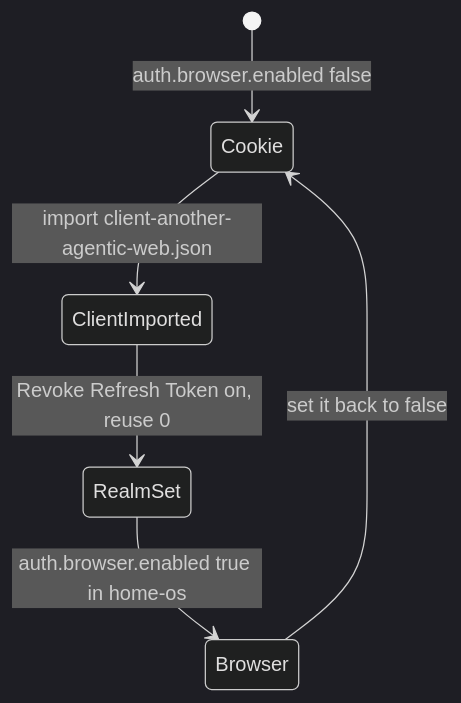
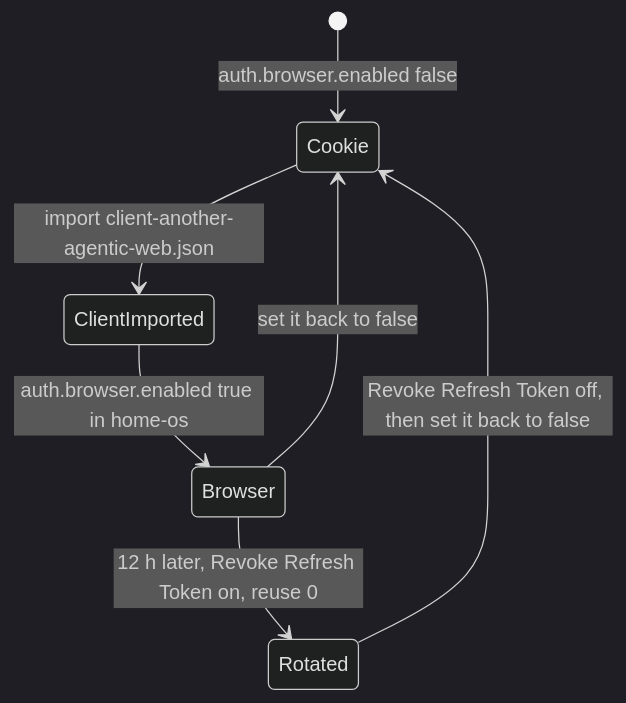
One commit to vymalo/another-agentic-system changed the seventh of 13 diagrams in deploy/chart/README.md. Above: the diagram before and after it, drawn with Mermaid (dark theme). The commit also changed other lines of this file and 2 other files, not shown here.

First line of the commit message:
docs(deploy): turn on refresh token rotation only after the switch

````diff
--- a/deploy/chart/README.md
+++ b/deploy/chart/README.md
@@ -322,8 +322,9 @@
 ```mermaid
 stateDiagram-v2
   [*] --> Cookie: auth.browser.enabled false
   Cookie --> ClientImported: import client-another-agentic-web.json
-  ClientImported --> RealmSet: Revoke Refresh Token on, reuse 0
-  RealmSet --> Browser: auth.browser.enabled true in home-os
+  ClientImported --> Browser: auth.browser.enabled true in home-os
+  Browser --> Rotated: 12 h later, Revoke Refresh Token on, reuse 0
   Browser --> Cookie: set it back to false
+  Rotated --> Cookie: Revoke Refresh Token off, then set it back to false
 ```
````
